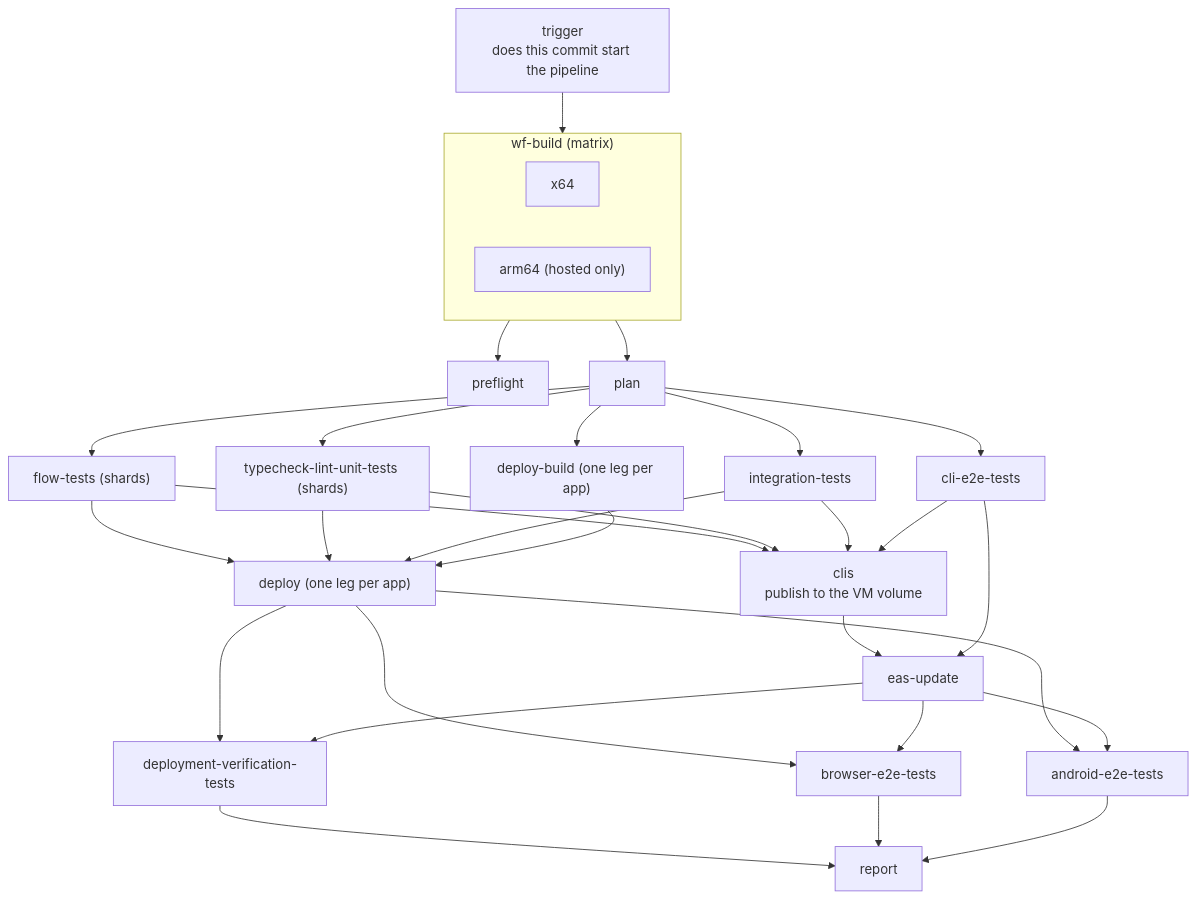
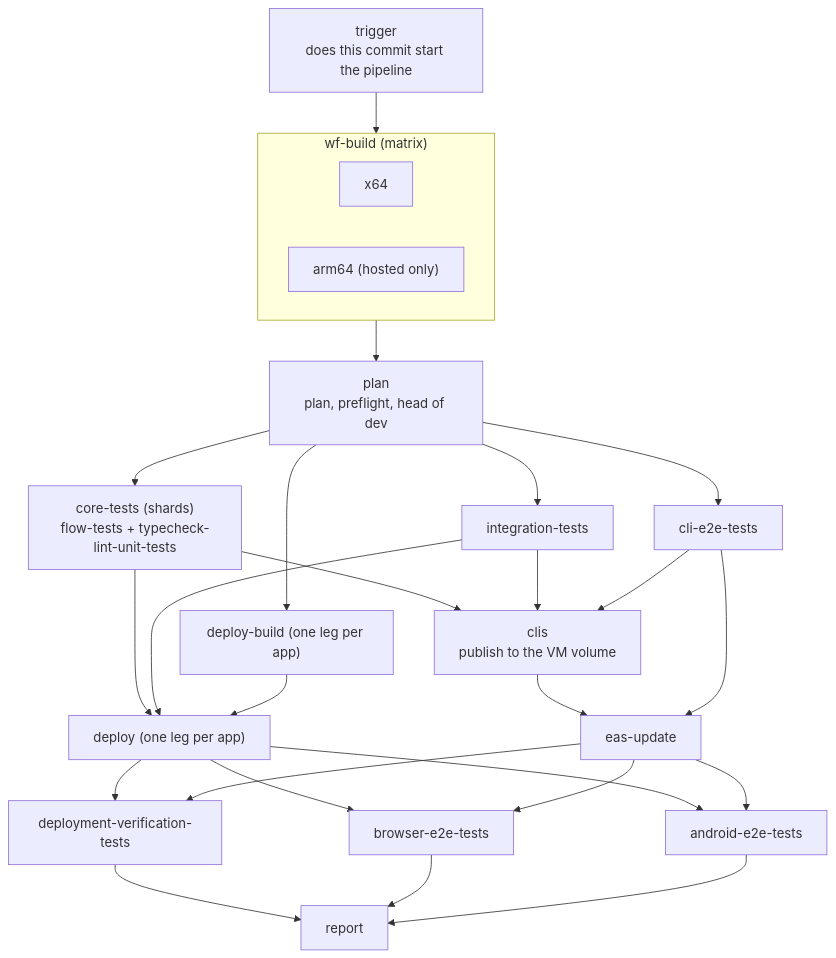
The first of 2 diagrams in docs/solutions/ci/one-pipeline-two-flavors.md (nuesslerm/mobile-learning-app), drawn with Mermaid before and after one commit. The commit also changed other lines of this file and 10 other files, not shown here.

First line of the commit message:
ci: one core-tests job per shard, preflight and head folded into plan

````diff
--- a/docs/solutions/ci/one-pipeline-two-flavors.md
+++ b/docs/solutions/ci/one-pipeline-two-flavors.md
@@ -30,34 +30,30 @@
 ```mermaid
 flowchart TD
   trigger["trigger<br/>does this commit start the pipeline"] --> wfb
   subgraph wfb["wf-build (matrix)"]
     x64["x64"]
     arm["arm64 (hosted only)"]
   end
-  wfb --> preflight
-  wfb --> plan
-  plan --> flow["flow-tests (shards)"]
-  plan --> tc["typecheck-lint-unit-tests (shards)"]
+  wfb --> plan["plan<br/>plan, preflight, head of dev"]
+  plan --> core["core-tests (shards)<br/>flow-tests + typecheck-lint-unit-tests"]
   plan --> integ["integration-tests"]
   plan --> clie2e["cli-e2e-tests"]
   plan --> dbuild["deploy-build (one leg per app)"]
-  flow --> clis["clis<br/>publish to the VM volume"]
-  tc --> clis
+  core --> clis["clis<br/>publish to the VM volume"]
   integ --> clis
   clie2e --> clis
-  flow --> deploy["deploy (one leg per app)"]
-  tc --> deploy
+  core --> deploy["deploy (one leg per app)"]
   integ --> deploy
   dbuild --> deploy
   clis --> eas["eas-update"]
   clie2e --> eas
   deploy --> dvt["deployment-verification-tests"]
   deploy --> browser["browser-e2e-tests"]
   deploy --> android["android-e2e-tests"]
   eas --> dvt
   eas --> browser
   eas --> android
   dvt --> report
   browser --> report
   android --> report
 ```
````
